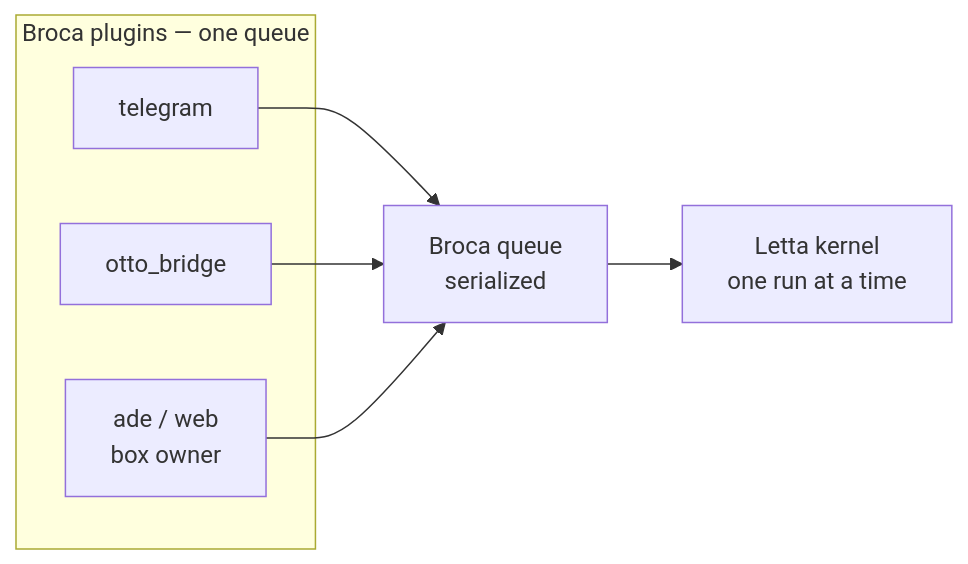
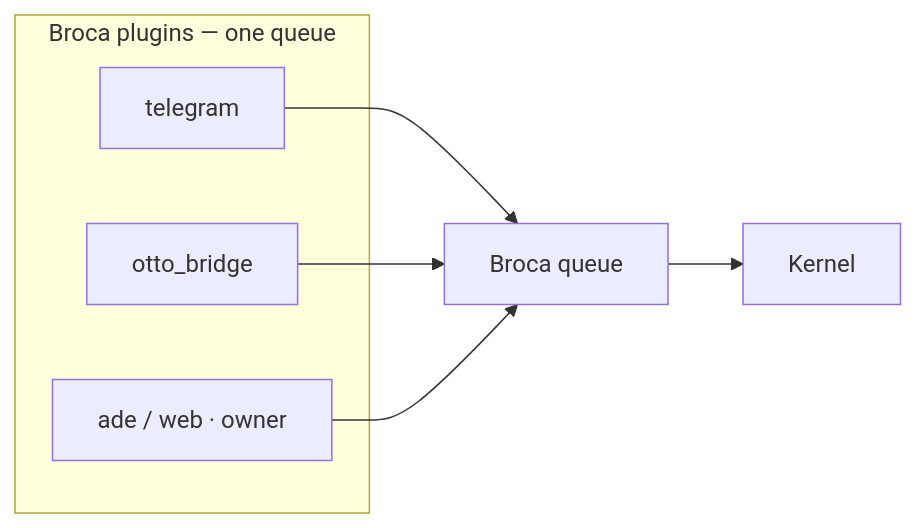
Before and after one commit to sanctumos/ade: the third of 4 diagrams in docs/host-os/architecture-v0.md, drawn with Mermaid. The commit also changed other lines of this file and 6 other files, not shown here.

````diff
--- a/docs/host-os/architecture-v0.md
+++ b/docs/host-os/architecture-v0.md
@@ -105,14 +154,13 @@
 ```mermaid
 flowchart LR
   subgraph plugins["Broca plugins — one queue"]
     TG["telegram"]
     OT["otto_bridge"]
-    WEB["ade / web<br/>box owner"]
+    WEB["ade / web · owner"]
   end
-
-  Q["Broca queue<br/>serialized"]
+  Q["Broca queue"]
   TG --> Q
   OT --> Q
   WEB --> Q
-  Q --> LETTA["Letta kernel<br/>one run at a time"]
+  Q --> LETTA["Kernel"]
 ```
````
